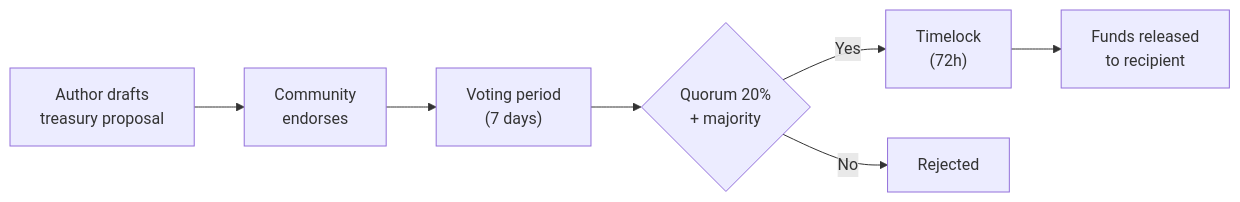
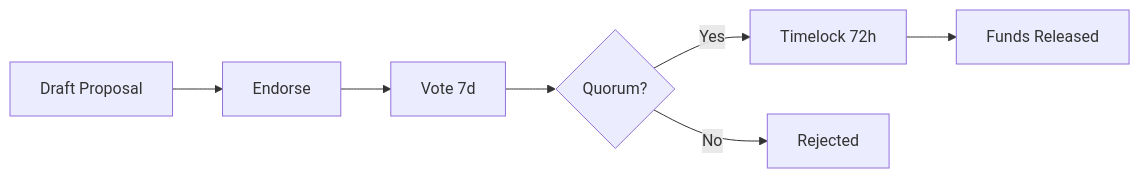
One commit to claw-network/clawnet changed the third of 3 diagrams in packages/docs/content/docs/getting-started/core-concepts/dao.md. Above: the diagram before and after it, drawn with Mermaid. The commit also changed other lines of this file and 14 other files, not shown here.

First line of the commit message:
Refactor diagrams and improve clarity in DAO, Identity, Markets, Reputation, Service Contracts, and Wallet documentation

````diff
--- a/packages/docs/content/docs/getting-started/core-concepts/dao.md
+++ b/packages/docs/content/docs/getting-started/core-concepts/dao.md
@@ -140,9 +136,9 @@
 ```mermaid
 flowchart LR
-    A["Author drafts\ntreasury proposal"] --> B["Community\nendorses"]
-    B --> C["Voting period\n(7 days)"]
-    C --> D{"Quorum 20%\n+ majority"}
-    D -->|Yes| E["Timelock\n(72h)"]
-    D -->|No| F["Rejected"]
-    E --> G["Funds released\nto recipient"]
+    A[Draft Proposal] --> B[Endorse]
+    B --> C[Vote 7d]
+    C --> D{Quorum?}
+    D -->|Yes| E[Timelock 72h]
+    D -->|No| F[Rejected]
+    E --> G[Funds Released]
 ```
````
